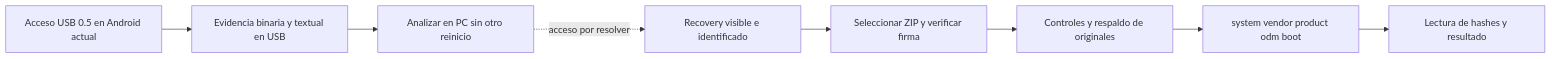
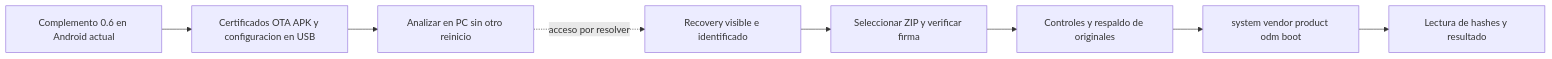
The diagram in rom-simplificada/instalador/README.md (tablerosapp-ctrl/mxqpro4k), drawn with Mermaid before and after one commit. The commit also changed other lines of this file and 43 other files, not shown here.

First line of the commit message:
Corrige captura OTA y verificacion SHA para mksh en Acceso USB 0.6

````diff
--- a/rom-simplificada/instalador/README.md
+++ b/rom-simplificada/instalador/README.md
@@ -7,10 +7,10 @@
 ```mermaid
 flowchart LR
- A[Acceso USB 0.5 en Android actual] --> B[Evidencia binaria y textual en USB]
+ A[Complemento 0.6 en Android actual] --> B[Certificados OTA APK y configuracion en USB]
  B --> C[Analizar en PC sin otro reinicio]
  C -. acceso por resolver .-> D[Recovery visible e identificado]
  D --> E[Seleccionar ZIP y verificar firma]
  E --> F[Controles y respaldo de originales]
  F --> G[system vendor product odm boot]
  G --> H[Lectura de hashes y resultado]
 ```
````
